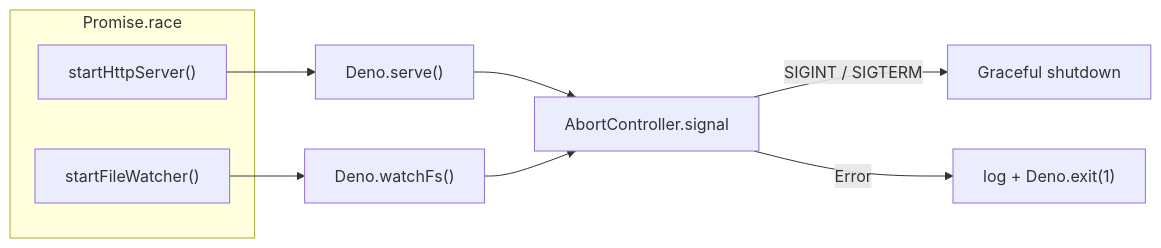
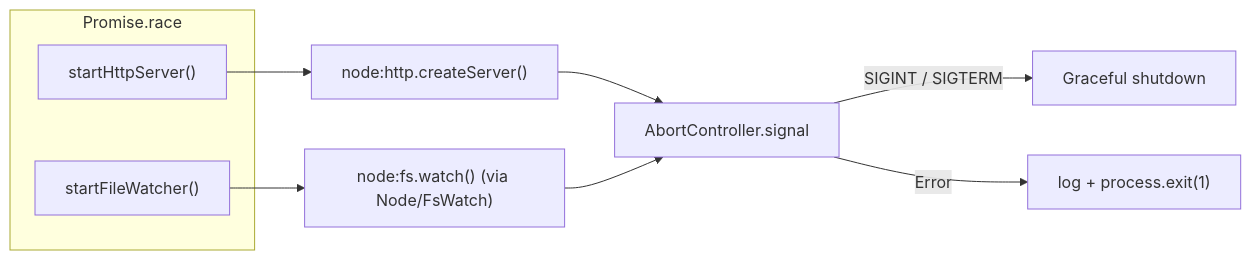
The seventh of 7 diagrams in docs/architecture.md (MetalbolicX/httpath), drawn with Mermaid before and after one commit. The commit also changed other lines of this file and 9 other files, not shown here.

````diff
--- a/docs/architecture.md
+++ b/docs/architecture.md
@@ -311,16 +335,16 @@
 ```mermaid
 graph LR
     subgraph "Promise.race"
         A["startHttpServer()"]
         B["startFileWatcher()"]
     end
 
-    A --> C["Deno.serve()"]
-    B --> D["Deno.watchFs()"]
+    A --> C["node:http.createServer()"]
+    B --> D["node:fs.watch() (via Node/FsWatch)"]
 
     C --> E["AbortController.signal"]
     D --> E
 
     E -->|SIGINT / SIGTERM| F["Graceful shutdown"]
-    E -->|Error| G["log + Deno.exit(1)"]
+    E -->|Error| G["log + process.exit(1)"]
 ```
````
